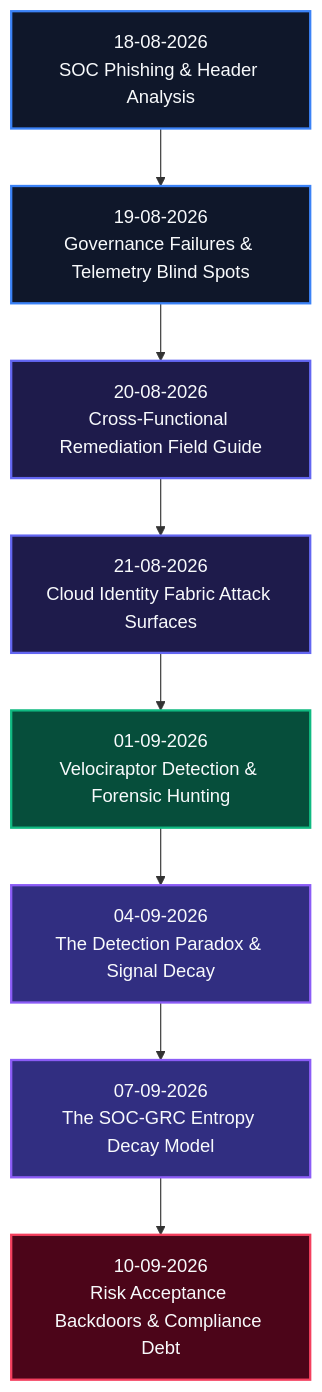
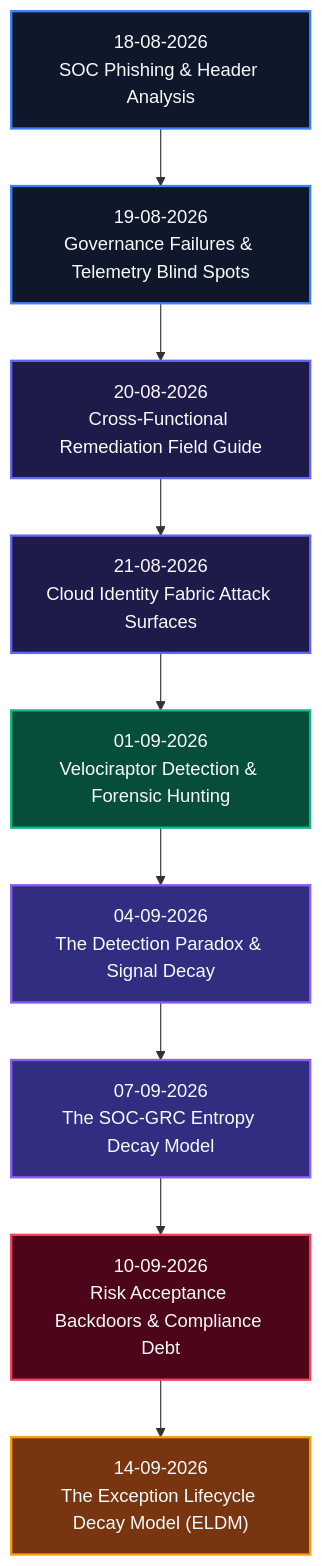
One commit to hiro001-eth/What-I-Learned-Today-on-SOC-GRC- changed the first of 2 diagrams in README.md. Above: the diagram before and after it, drawn with Mermaid. The commit also changed other lines of this file and 1 other file, not shown here.

Commit message:
14-09-2026: Add ELDM paper + update README with 9-paper index and decay timeline

````diff
--- a/README.md
+++ b/README.md
@@ -33,23 +32,26 @@
 ```mermaid
 graph TD
     AUG18["18-08-2026<br/>SOC Phishing & Header Analysis"] --> AUG19["19-08-2026<br/>Governance Failures & Telemetry Blind Spots"]
     AUG19 --> AUG20["20-08-2026<br/>Cross-Functional Remediation Field Guide"]
     AUG20 --> AUG21["21-08-2026<br/>Cloud Identity Fabric Attack Surfaces"]
     AUG21 --> SEP01["01-09-2026<br/>Velociraptor Detection & Forensic Hunting"]
     SEP01 --> SEP04["04-09-2026<br/>The Detection Paradox & Signal Decay"]
     SEP04 --> SEP07["07-09-2026<br/>The SOC-GRC Entropy Decay Model"]
     SEP07 --> SEP10["10-09-2026<br/>Risk Acceptance Backdoors & Compliance Debt"]
+    SEP10 --> SEP14["14-09-2026<br/>The Exception Lifecycle Decay Model (ELDM)"]
 
     classDef default fill:#1E293B,stroke:#475569,color:#F8FAFC,stroke-width:1px;
     classDef foundation fill:#0F172A,stroke:#3B82F6,color:#F8FAFC,stroke-width:2px;
     classDef telemetry fill:#1E1B4B,stroke:#6366F1,color:#F8FAFC,stroke-width:2px;
     classDef forensics fill:#064E3B,stroke:#10B981,color:#F8FAFC,stroke-width:2px;
     classDef theoretical fill:#312E81,stroke:#8B5CF6,color:#F8FAFC,stroke-width:2px;
     classDef critical fill:#4C0519,stroke:#F43F5E,color:#F8FAFC,stroke-width:2px;
+    classDef new fill:#78350F,stroke:#F59E0B,color:#F8FAFC,stroke-width:2px;
 
     class AUG18,AUG19 foundation;
     class AUG20,AUG21 telemetry;
     class SEP01 forensics;
     class SEP04,SEP07 theoretical;
     class SEP10 critical;
+    class SEP14 new;
 ```
````
